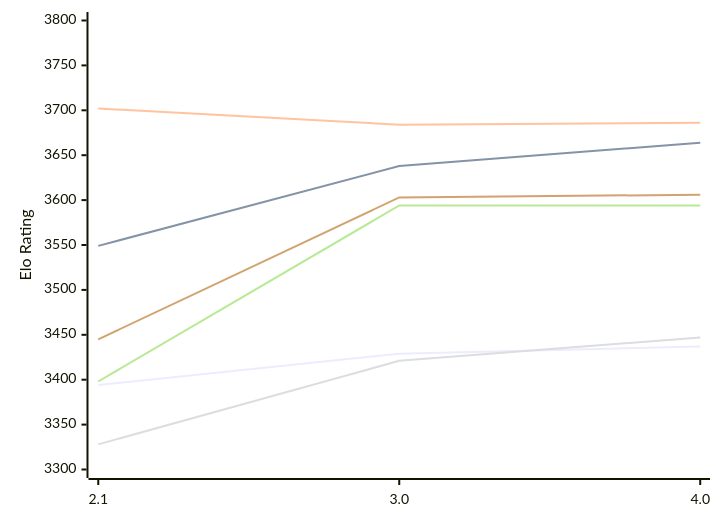
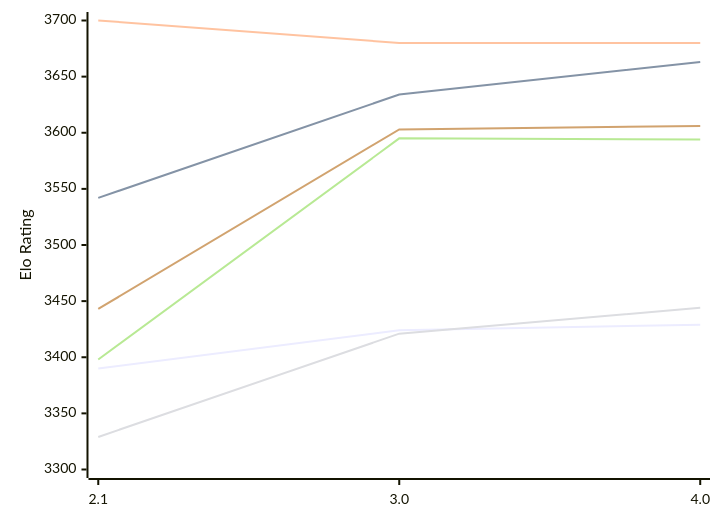
One commit to computer-chess-index/cci changed the first of 2 diagrams in engines/Hobbes.md. Above: the diagram before and after it, drawn with Mermaid. The commit also changed other lines of this file, not shown here.

Commit message:
Update CCI Ratings (ELO VLTC) - 2026-11-26

````diff
--- a/engines/Hobbes.md
+++ b/engines/Hobbes.md
@@ -53,12 +53,12 @@
 ```mermaid
 %%{init: {"theme":"base","themeVariables":{"seriesColors:['#a3a3a3','#222221','#faa371']}}}%%
 xychart-beta
   x-axis ["2.1", "3.0", "4.0"]
-  y-axis "Elo Rating" 3300 --> 3800
-  line "E1: STC (8.0+0.08s)" [3394, 3429, 3437]
-  line "E1: LTC (60.0+0.60s)" [3549, 3638, 3664]
-  line "E1: VLTC (2m24s+1.12s)" [3702, 3684, 3686]
-  line "P1: STC (8.0+0.08s)" [3328, 3421, 3447]
-  line "P1: LTC (60.0+0.60s)" [3398, 3594, 3594]
-  line "P1: VLTC (2m24s+1.12s)" [3445, 3603, 3606]
+  y-axis "Elo Rating" 3300 --> 3700
+  line "E1: STC (8.0+0.08s)" [3390, 3424, 3429]
+  line "E1: LTC (60.0+0.60s)" [3542, 3634, 3663]
+  line "E1: VLTC (2m24s+1.12s)" [3700, 3680, 3680]
+  line "P1: STC (8.0+0.08s)" [3329, 3421, 3444]
+  line "P1: LTC (60.0+0.60s)" [3398, 3595, 3594]
+  line "P1: VLTC (2m24s+1.12s)" [3443, 3603, 3606]
 ```
````
